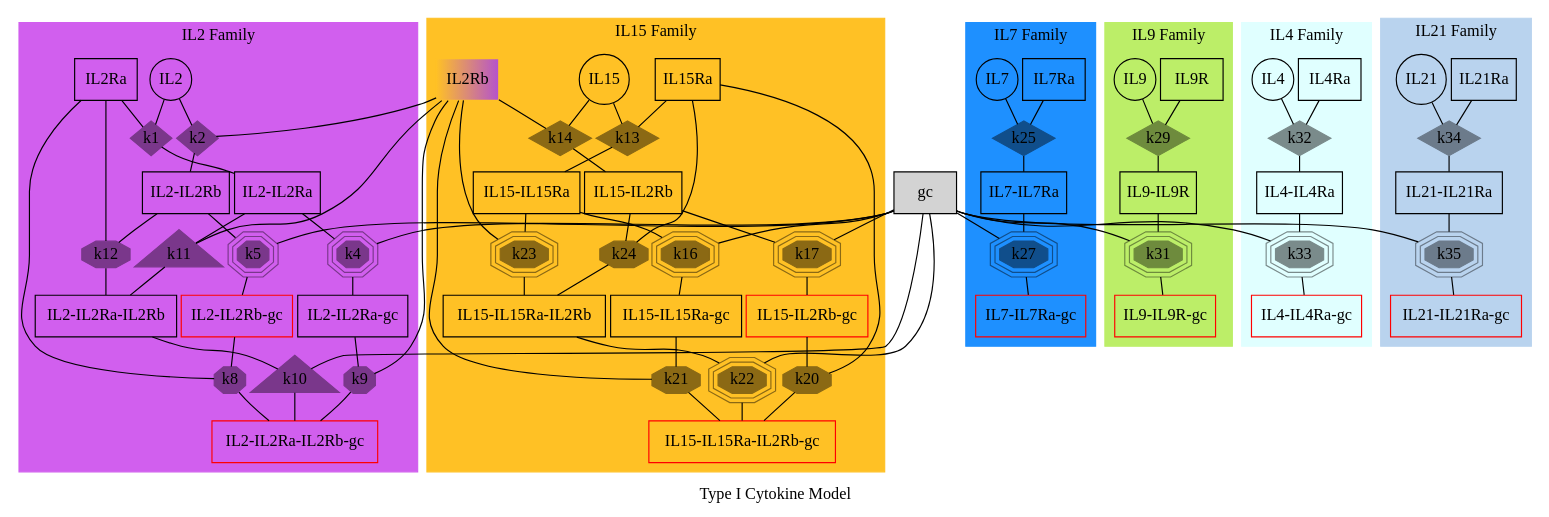
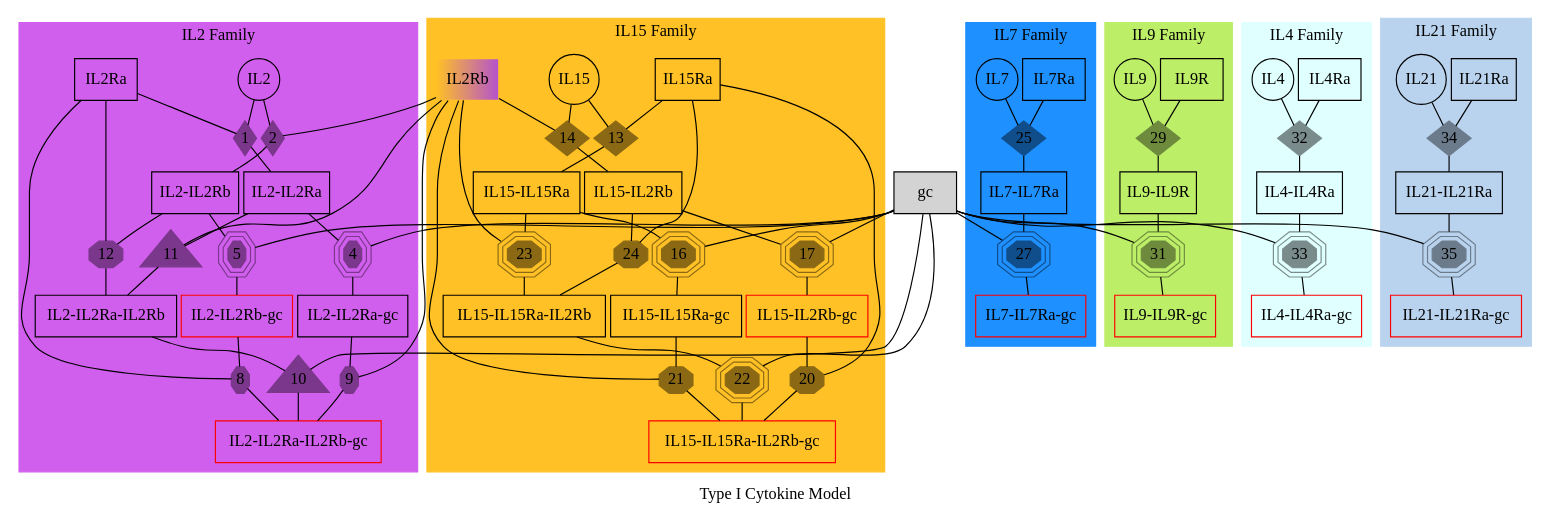
The diagram in ckine/data/graph_all.gv (meyer-lab/gc-valent), drawn with Graphviz before and after one commit.

Commit message:
remove "k" throughout

```diff
--- a/ckine/data/graph_all.gv
+++ b/ckine/data/graph_all.gv
@@ -60,50 +60,50 @@
     	node [style=filled,color=mediumorchid4, margin=0];
         label= "IL2 Family"
 
-        "k1" [shape=diamond,style=filled,height=.1,width=.1];
-        "IL2" -> "k1" [dir=none,weight=1];
-        "IL2Ra" -> "k1" [dir=none,weight=1];
-        "k1" -> "IL2-IL2Ra" [dir=none, weight=2];
+        "1" [shape=diamond,style=filled,height=.1,width=.1];
+        "IL2" -> "1" [dir=none,weight=1];
+        "IL2Ra" -> "1" [dir=none,weight=1];
+        "1" -> "IL2-IL2Ra" [dir=none, weight=2];
 
-        "k2" [shape=diamond,style=filled,height=.1,width=.1];
-        "IL2" -> "k2" [dir=none,weight=1];
-        "IL2Rb" -> "k2" [dir=none,weight=1];
-        "k2" -> "IL2-IL2Rb" [dir=none, weight=2];
+        "2" [shape=diamond,style=filled,height=.1,width=.1];
+        "IL2" -> "2" [dir=none,weight=1];
+        "IL2Rb" -> "2" [dir=none,weight=1];
+        "2" -> "IL2-IL2Rb" [dir=none, weight=2];
 
-        "k4" [shape=tripleoctagon,style=filled,height=.1,width=.1];
-        "IL2-IL2Ra" -> "k4" [dir=none,weight=1];
-        "gc" -> "k4" [dir=none,weight=1];
-        "k4" -> "IL2-IL2Ra-gc" [dir=none, weight=2];
+        "4" [shape=tripleoctagon,style=filled,height=.1,width=.1];
+        "IL2-IL2Ra" -> "4" [dir=none,weight=1];
+        "gc" -> "4" [dir=none,weight=1];
+        "4" -> "IL2-IL2Ra-gc" [dir=none, weight=2];
 
-        "k5" [shape=tripleoctagon,style=filled,height=.1,width=.1];
-        "IL2-IL2Rb" -> "k5" [dir=none,weight=1];
-        "gc" -> "k5" [dir=none,weight=1];
-        "k5" -> "IL2-IL2Rb-gc" [dir=none, weight=2];
+        "5" [shape=tripleoctagon,style=filled,height=.1,width=.1];
+        "IL2-IL2Rb" -> "5" [dir=none,weight=1];
+        "gc" -> "5" [dir=none,weight=1];
+        "5" -> "IL2-IL2Rb-gc" [dir=none, weight=2];
 
-        "k8" [shape=octagon,style=filled,height=.1,width=.1];
-        "IL2-IL2Rb-gc" -> "k8" [dir=none,weight=1];
-        "IL2Ra" -> "k8" [dir=none,weight=1];
-        "k8" -> "IL2-IL2Ra-IL2Rb-gc" [dir=none, weight=2];
+        "8" [shape=octagon,style=filled,height=.1,width=.1];
+        "IL2-IL2Rb-gc" -> "8" [dir=none,weight=1];
+        "IL2Ra" -> "8" [dir=none,weight=1];
+        "8" -> "IL2-IL2Ra-IL2Rb-gc" [dir=none, weight=2];
 
-        "k9" [shape=octagon,style=filled,height=.1,width=.1];
-        "IL2-IL2Ra-gc" -> "k9" [dir=none,weight=1];
-        "IL2Rb" -> "k9" [dir=none,weight=1];
-        "k9" -> "IL2-IL2Ra-IL2Rb-gc" [dir=none, weight=2];
+        "9" [shape=octagon,style=filled,height=.1,width=.1];
+        "IL2-IL2Ra-gc" -> "9" [dir=none,weight=1];
+        "IL2Rb" -> "9" [dir=none,weight=1];
+        "9" -> "IL2-IL2Ra-IL2Rb-gc" [dir=none, weight=2];
 
-        "k10" [shape=triangle,style=filled,height=.1,width=.04];
-        "IL2-IL2Ra-IL2Rb" -> "k10" [dir=none,weight=1];
-        "gc" -> "k10" [dir=none,weight=1];
-        "k10" -> "IL2-IL2Ra-IL2Rb-gc" [dir=none, weight=2];
+        "10" [shape=triangle,style=filled,height=.1,width=.04];
+        "IL2-IL2Ra-IL2Rb" -> "10" [dir=none,weight=1];
+        "gc" -> "10" [dir=none,weight=1];
+        "10" -> "IL2-IL2Ra-IL2Rb-gc" [dir=none, weight=2];
 
-        "k11" [shape=triangle,style=filled,height=.1,width=.04];
-        "IL2-IL2Ra" -> "k11" [dir=none,weight=1];
-        "IL2Rb" -> "k11" [dir=none,weight=1];
-        "k11" -> "IL2-IL2Ra-IL2Rb" [dir=none, weight=2];
+        "11" [shape=triangle,style=filled,height=.1,width=.04];
+        "IL2-IL2Ra" -> "11" [dir=none,weight=1];
+        "IL2Rb" -> "11" [dir=none,weight=1];
+        "11" -> "IL2-IL2Ra-IL2Rb" [dir=none, weight=2];
 
-        "k12" [shape=octagon,style=filled,height=.1,width=.1];
-        "IL2-IL2Rb" -> "k12" [dir=none,weight=1];
-        "IL2Ra" -> "k12" [dir=none,weight=1];
-        "k12" -> "IL2-IL2Ra-IL2Rb" [dir=none, weight=2];
+        "12" [shape=octagon,style=filled,height=.1,width=.1];
+        "IL2-IL2Rb" -> "12" [dir=none,weight=1];
+        "IL2Ra" -> "12" [dir=none,weight=1];
+        "12" -> "IL2-IL2Ra-IL2Rb" [dir=none, weight=2];
     }
 
     subgraph cluster_IL15 {
@@ -113,50 +113,50 @@
         edge [dir=none, weight=1];
         label= "IL15 Family"
 
-        "k13" [shape=diamond,style=filled,height=.1,width=.1];
-        "IL15" -> "k13";
-        "IL15Ra" -> "k13";
-        "k13" -> "IL15-IL15Ra";
+        "13" [shape=diamond,style=filled,height=.1,width=.1];
+        "IL15" -> "13";
+        "IL15Ra" -> "13";
+        "13" -> "IL15-IL15Ra";
 
-        "k14" [shape=diamond,style=filled,height=.1,width=.1];
-        "IL15" -> "k14";
-        "IL2Rb" -> "k14";
-        "k14" -> "IL15-IL2Rb";
+        "14" [shape=diamond,style=filled,height=.1,width=.1];
+        "IL15" -> "14";
+        "IL2Rb" -> "14";
+        "14" -> "IL15-IL2Rb";
 
-        "k16" [shape=tripleoctagon,style=filled,height=.1,width=.1];
-        "IL15-IL15Ra" -> "k16";
-        "gc" -> "k16";
-        "k16" -> "IL15-IL15Ra-gc";
+        "16" [shape=tripleoctagon,style=filled,height=.1,width=.1];
+        "IL15-IL15Ra" -> "16";
+        "gc" -> "16";
+        "16" -> "IL15-IL15Ra-gc";
 
-        "k17" [shape=tripleoctagon,style=filled,height=.1,width=.1];
-        "IL15-IL2Rb" -> "k17";
-        "gc" -> "k17";
-        "k17" -> "IL15-IL2Rb-gc";
+        "17" [shape=tripleoctagon,style=filled,height=.1,width=.1];
+        "IL15-IL2Rb" -> "17";
+        "gc" -> "17";
+        "17" -> "IL15-IL2Rb-gc";
 
-        "k20" [shape=octagon,style=filled,height=.1,width=.1];
-        "IL15-IL2Rb-gc" -> "k20";
-        "IL15Ra" -> "k20";
-        "k20" -> "IL15-IL15Ra-IL2Rb-gc";
+        "20" [shape=octagon,style=filled,height=.1,width=.1];
+        "IL15-IL2Rb-gc" -> "20";
+        "IL15Ra" -> "20";
+        "20" -> "IL15-IL15Ra-IL2Rb-gc";
 
-        "k21" [shape=octagon,style=filled,height=.1,width=.1];
-        "IL15-IL15Ra-gc" -> "k21";
-        "IL2Rb" -> "k21";
-        "k21" -> "IL15-IL15Ra-IL2Rb-gc";
+        "21" [shape=octagon,style=filled,height=.1,width=.1];
+        "IL15-IL15Ra-gc" -> "21";
+        "IL2Rb" -> "21";
+        "21" -> "IL15-IL15Ra-IL2Rb-gc";
 
-        "k22" [shape=tripleoctagon,style=filled,height=.1,width=.1];
-        "IL15-IL15Ra-IL2Rb" -> "k22";
-        "gc" -> "k22";
-        "k22" -> "IL15-IL15Ra-IL2Rb-gc";
+        "22" [shape=tripleoctagon,style=filled,height=.1,width=.1];
+        "IL15-IL15Ra-IL2Rb" -> "22";
+        "gc" -> "22";
+        "22" -> "IL15-IL15Ra-IL2Rb-gc";
 
-        "k23" [shape=tripleoctagon,style=filled,height=.1,width=.1];
-        "IL15-IL15Ra" -> "k23";
-        "IL2Rb" -> "k23";
-        "k23" -> "IL15-IL15Ra-IL2Rb";
+        "23" [shape=tripleoctagon,style=filled,height=.1,width=.1];
+        "IL15-IL15Ra" -> "23";
+        "IL2Rb" -> "23";
+        "23" -> "IL15-IL15Ra-IL2Rb";
 
-        "k24" [shape=octagon,style=filled,height=.1,width=.1];
-        "IL15-IL2Rb" -> "k24";
-        "IL15Ra" -> "k24";
-        "k24" -> "IL15-IL15Ra-IL2Rb";
+        "24" [shape=octagon,style=filled,height=.1,width=.1];
+        "IL15-IL2Rb" -> "24";
+        "IL15Ra" -> "24";
+        "24" -> "IL15-IL15Ra-IL2Rb";
         }
 
     subgraph cluster_IL7 {
@@ -166,15 +166,15 @@
         edge [dir=none, weight=1];
         label= "IL7 Family"
         
-        "k25" [shape=diamond,style=filled,height=.1,width=.1];
-        "IL7" -> "k25";
-        "IL7Ra" -> "k25";
-        "k25" -> "IL7-IL7Ra";
+        "25" [shape=diamond,style=filled,height=.1,width=.1];
+        "IL7" -> "25";
+        "IL7Ra" -> "25";
+        "25" -> "IL7-IL7Ra";
 
-        "k27" [shape=tripleoctagon,style=filled,height=.1,width=.1];
-        "IL7-IL7Ra" -> "k27";
-        "gc" -> "k27";
-        "k27" -> "IL7-IL7Ra-gc";
+        "27" [shape=tripleoctagon,style=filled,height=.1,width=.1];
+        "IL7-IL7Ra" -> "27";
+        "gc" -> "27";
+        "27" -> "IL7-IL7Ra-gc";
     }
 
     subgraph cluster_IL9 {
@@ -184,15 +184,15 @@
         edge [dir=none, weight=1];
         label= "IL9 Family"
         
-        "k29" [shape=diamond, style=filled, height=.1, width=.1];
-        "IL9" -> "k29";
-        "IL9R" -> "k29";
-        "k29" -> "IL9-IL9R";
+        "29" [shape=diamond, style=filled, height=.1, width=.1];
+        "IL9" -> "29";
+        "IL9R" -> "29";
+        "29" -> "IL9-IL9R";
 
-        "k31" [shape=tripleoctagon,style=filled,height=.1,width=.1];
-        "IL9-IL9R" -> "k31";
-        "gc" -> "k31";
-        "k31" -> "IL9-IL9R-gc";
+        "31" [shape=tripleoctagon,style=filled,height=.1,width=.1];
+        "IL9-IL9R" -> "31";
+        "gc" -> "31";
+        "31" -> "IL9-IL9R-gc";
     }
 
     subgraph cluster_IL4 {
@@ -202,15 +202,15 @@
         edge [dir=none, weight=1];
         label= "IL4 Family"
         
-        "k32" [shape=diamond, style=filled, height=0.1, width=0.1];
-        "IL4" -> "k32";
-        "IL4Ra" -> "k32";
-        "k32" -> "IL4-IL4Ra";
+        "32" [shape=diamond, style=filled, height=0.1, width=0.1];
+        "IL4" -> "32";
+        "IL4Ra" -> "32";
+        "32" -> "IL4-IL4Ra";
 
-        "k33" [shape=tripleoctagon,style=filled,height=.1,width=.1];
-        "IL4-IL4Ra" -> "k33";
-        "gc" -> "k33";
-        "k33" -> "IL4-IL4Ra-gc";
+        "33" [shape=tripleoctagon,style=filled,height=.1,width=.1];
+        "IL4-IL4Ra" -> "33";
+        "gc" -> "33";
+        "33" -> "IL4-IL4Ra-gc";
     }
     subgraph cluster_IL21 {
         style=filled;
@@ -219,14 +219,14 @@
         edge [dir=none, weight=1];
         label= "IL21 Family"
         
-        "k34" [shape=diamond,style=filled,height=.1,width=.1];
-        "IL21" -> "k34";
-        "IL21Ra" -> "k34";
-        "k34" -> "IL21-IL21Ra";
+        "34" [shape=diamond,style=filled,height=.1,width=.1];
+        "IL21" -> "34";
+        "IL21Ra" -> "34";
+        "34" -> "IL21-IL21Ra";
 
-        "k35" [shape=tripleoctagon,style=filled, height=.1, width=.1];
-        "IL21-IL21Ra" -> "k35";
-        "gc" -> "k35";
-        "k35" -> "IL21-IL21Ra-gc";
+        "35" [shape=tripleoctagon,style=filled, height=.1, width=.1];
+        "IL21-IL21Ra" -> "35";
+        "gc" -> "35";
+        "35" -> "IL21-IL21Ra-gc";
     }
 }
```
